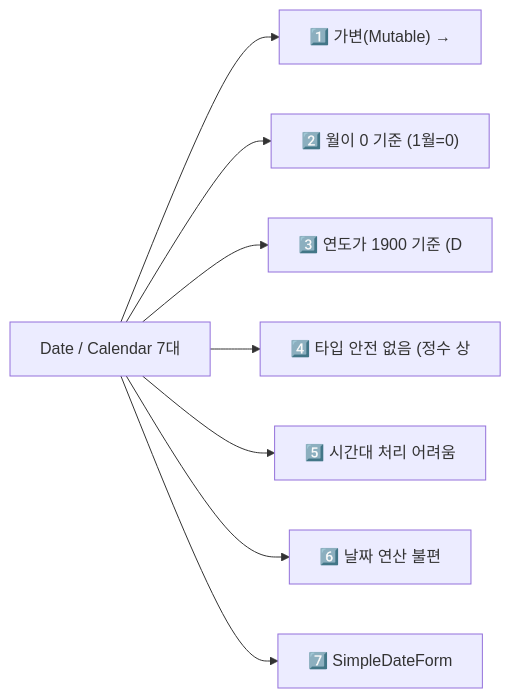
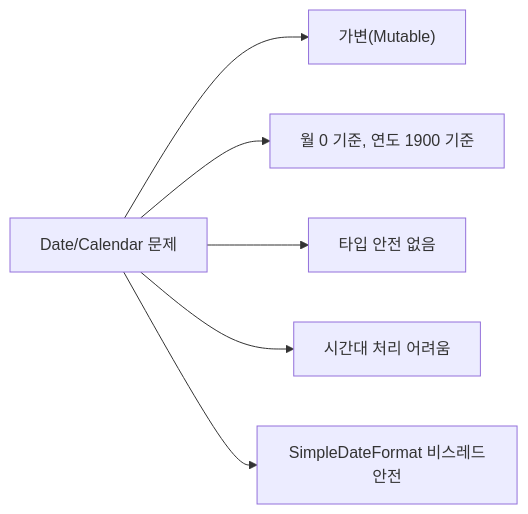
The first of 5 diagrams in _posts/java/2026-05-01-java-datetime.md (yjkim2015/yjkim2015.github.io), drawn with Mermaid before and after one commit. The commit also changed other lines of this file and 163 other files, not shown here.

First line of the commit message:
Mermaid 300개 블록 내용 축소: 5노드 5엣지 이하, 의미 있는 약어

````diff
--- a/_posts/java/2026-05-01-java-datetime.md
+++ b/_posts/java/2026-05-01-java-datetime.md
@@ -57,10 +57,8 @@
 ```mermaid
 graph LR
-    A["Date / Calendar 7대"] --> B["1️⃣ 가변(Mutable) →"]
-    A --> C["2️⃣ 월이 0 기준 (1월=0)"]
-    A --> D["3️⃣ 연도가 1900 기준 (D"]
-    A --> E["4️⃣ 타입 안전 없음 (정수 상"]
-    A --> F["5️⃣ 시간대 처리 어려움"]
-    A --> G["6️⃣ 날짜 연산 불편"]
-    A --> H["7️⃣ SimpleDateForm"]
+    A["Date/Calendar 문제"] --> B["가변(Mutable)"]
+    A --> C["월 0 기준, 연도 1900 기준"]
+    A --> D["타입 안전 없음"]
+    A --> E["시간대 처리 어려움"]
+    A --> F["SimpleDateFormat 비스레드안전"]
 ```
````
